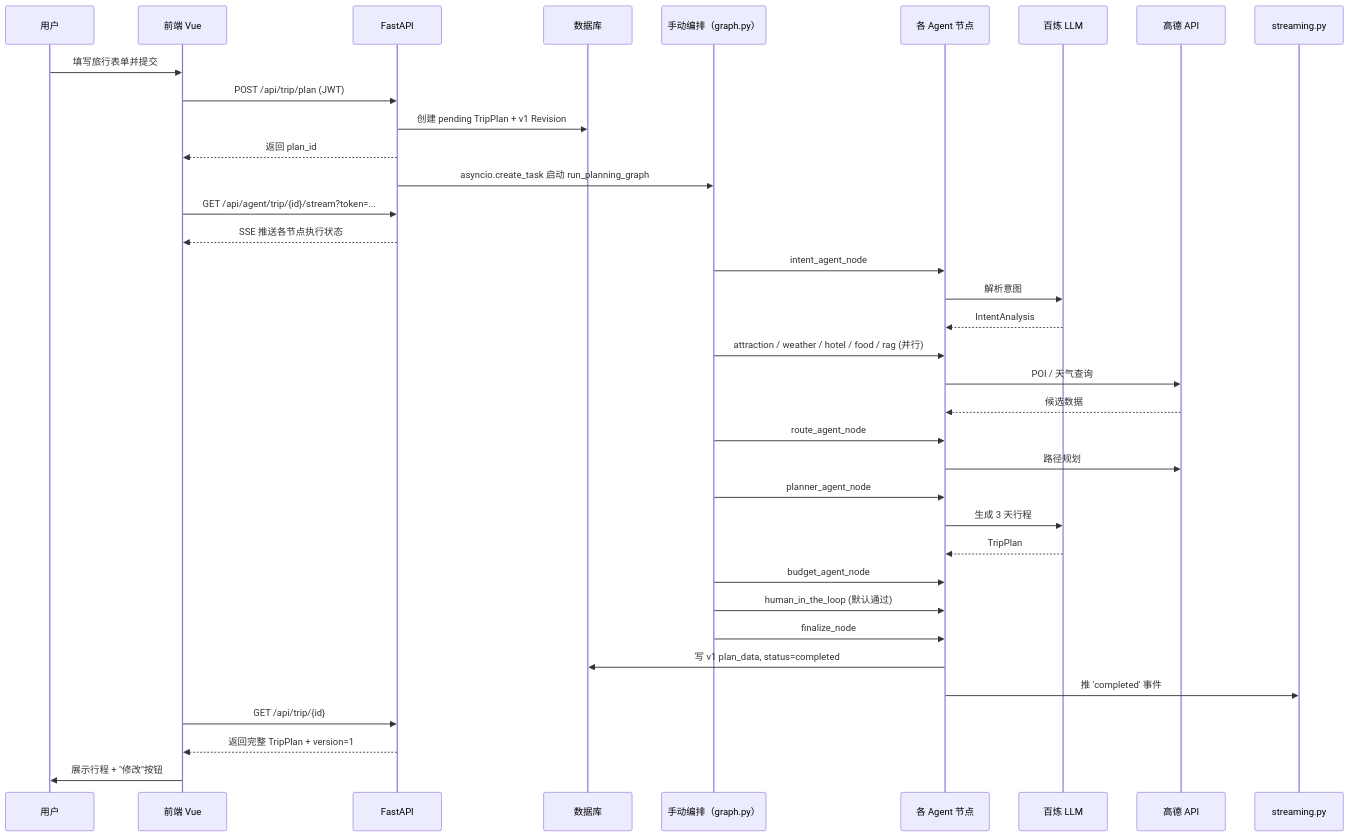
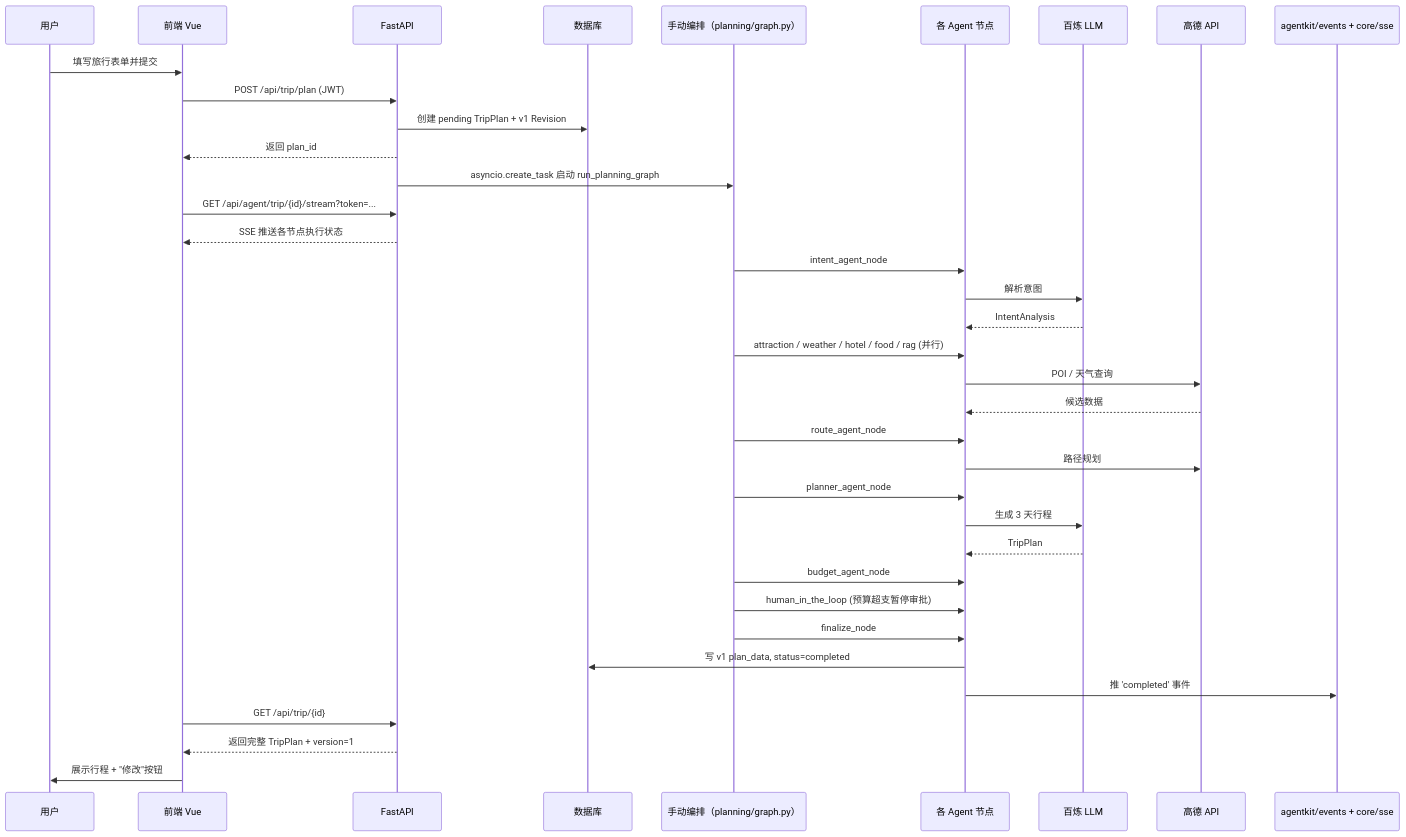
Before and after one commit to a8chenxuyuan/AiJourney: the diagram in docs/项目结构与实现说明.md, drawn with Mermaid. The commit also changed other lines of this file and 286 other files, not shown here.

````diff
--- a/docs/项目结构与实现说明.md
+++ b/docs/项目结构与实现说明.md
@@ -289,41 +330,41 @@
 ```mermaid
 sequenceDiagram
     participant U as 用户
     participant F as 前端 Vue
     participant API as FastAPI
     participant DB as 数据库
-    participant G as 手动编排（graph.py）
+    participant G as 手动编排（planning/graph.py）
     participant N as 各 Agent 节点
     participant LLM as 百炼 LLM
     participant Map as 高德 API
-    participant SSE as streaming.py
+    participant SSE as agentkit/events + core/sse
 
     U->>F: 填写旅行表单并提交
     F->>API: POST /api/trip/plan (JWT)
     API->>DB: 创建 pending TripPlan + v1 Revision
     API-->>F: 返回 plan_id
     API->>G: asyncio.create_task 启动 run_planning_graph
     F->>API: GET /api/agent/trip/{id}/stream?token=...
     API-->>F: SSE 推送各节点执行状态
 
     G->>N: intent_agent_node
     N->>LLM: 解析意图
     LLM-->>N: IntentAnalysis
     G->>N: attraction / weather / hotel / food / rag (并行)
     N->>Map: POI / 天气查询
     Map-->>N: 候选数据
     G->>N: route_agent_node
     N->>Map: 路径规划
     G->>N: planner_agent_node
     N->>LLM: 生成 3 天行程
     LLM-->>N: TripPlan
     G->>N: budget_agent_node
-    G->>N: human_in_the_loop (默认通过)
+    G->>N: human_in_the_loop (预算超支暂停审批)
     G->>N: finalize_node
     N->>DB: 写 v1 plan_data, status=completed
     N->>SSE: 推 'completed' 事件
 
     F->>API: GET /api/trip/{id}
     API-->>F: 返回完整 TripPlan + version=1
     F->>U: 展示行程 + "修改"按钮
 ```
````
